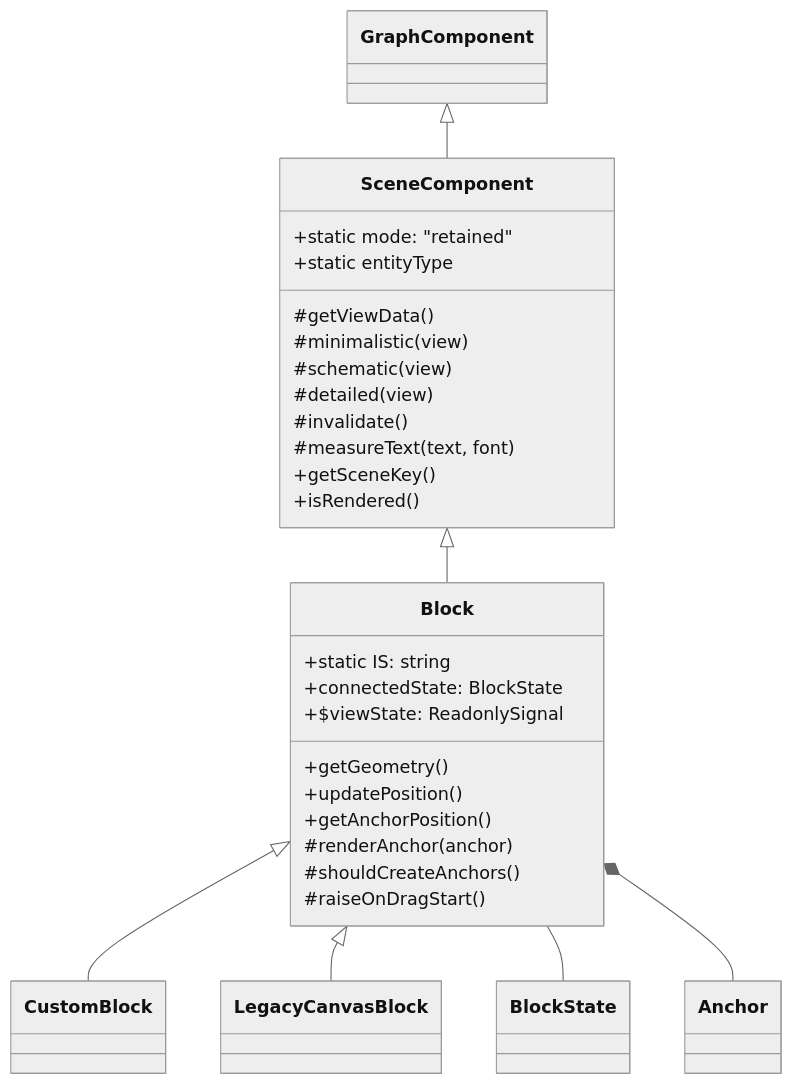
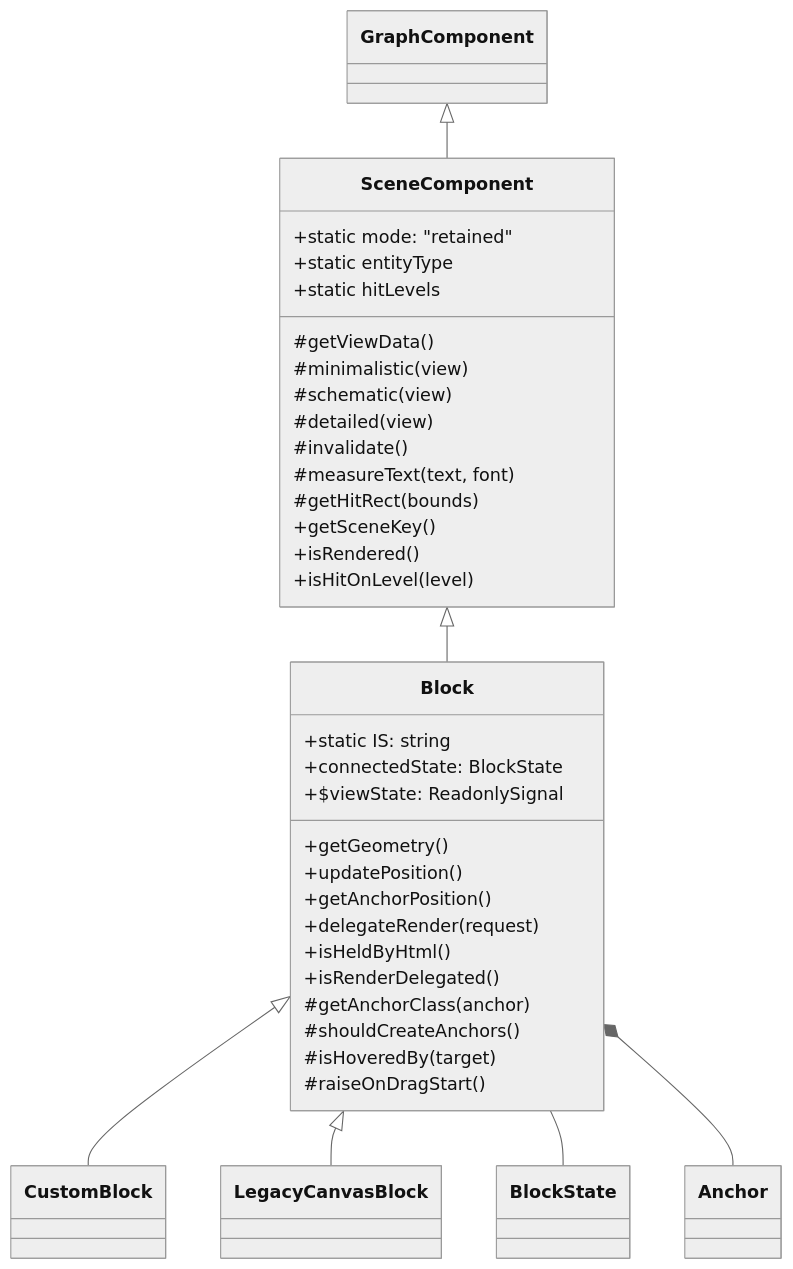
The diagram in packages/graph/docs/components/block-component.md (gravity-ui/graph), drawn with Mermaid (neutral theme) before and after one commit. The commit also changed other lines of this file and 109 other files, not shown here.

First line of the commit message:
feat(graph)!: child scene components, hit levels and the HTML handover

````diff
--- a/packages/graph/docs/components/block-component.md
+++ b/packages/graph/docs/components/block-component.md
@@ -8,34 +8,41 @@
 ```mermaid
 classDiagram
     GraphComponent <|-- SceneComponent
     SceneComponent <|-- Block
     Block <|-- CustomBlock
     Block <|-- LegacyCanvasBlock
     Block -- BlockState
     Block *-- Anchor
 
     class SceneComponent {
         +static mode: "retained"
         +static entityType
+        +static hitLevels
         #getViewData()
         #minimalistic(view)
         #schematic(view)
         #detailed(view)
         #invalidate()
         #measureText(text, font)
+        #getHitRect(bounds)
         +getSceneKey()
         +isRendered()
+        +isHitOnLevel(level)
     }
 
     class Block {
         +static IS: string
         +connectedState: BlockState
         +$viewState: ReadonlySignal
         +getGeometry()
         +updatePosition()
         +getAnchorPosition()
-        #renderAnchor(anchor)
+        +delegateRender(request)
+        +isHeldByHtml()
+        +isRenderDelegated()
+        #getAnchorClass(anchor)
         #shouldCreateAnchors()
+        #isHoveredBy(target)
         #raiseOnDragStart()
     }
 ```
````
